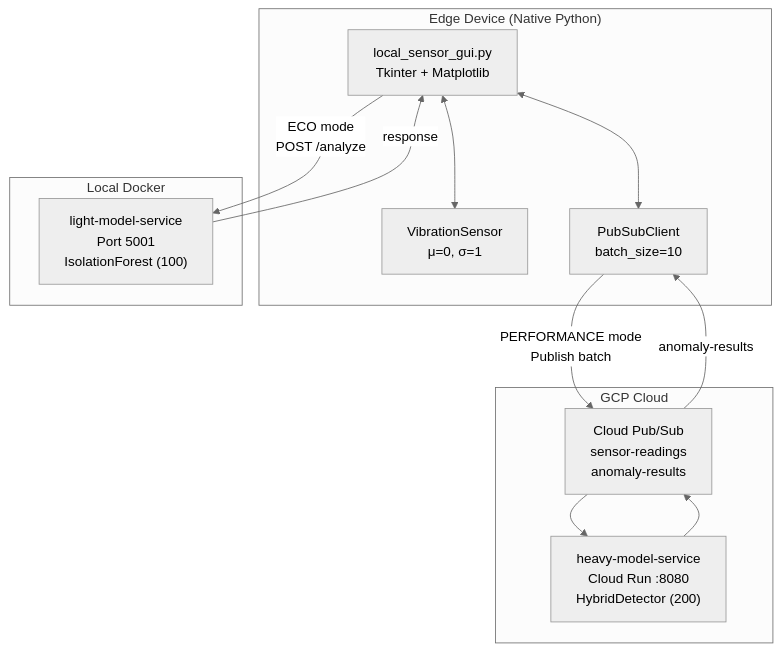
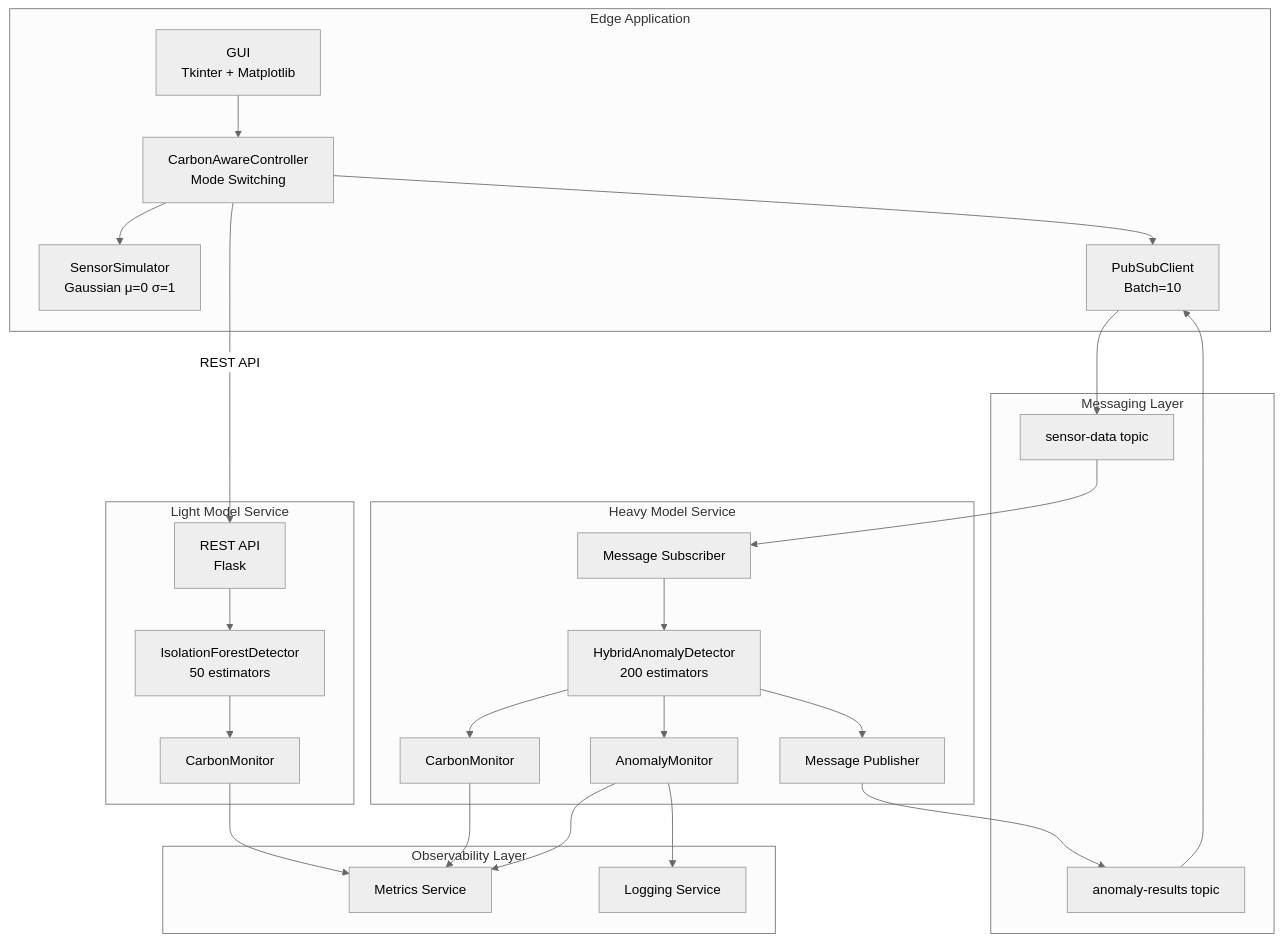
One commit to Taki224/AI-Architecture-and-Cloud-Computing-Final-Project changed the first of 3 diagrams in README.md. Above: the diagram before and after it, drawn with Mermaid (neutral theme). The commit also changed other lines of this file and 4 other files, not shown here.

First line of the commit message:
Enhance documentation and architecture for Carbon-Aware IoT Anomaly Detection System

````diff
--- a/README.md
+++ b/README.md
@@ -193,28 +311,55 @@
 ```mermaid
 flowchart TB
-    subgraph Edge["Edge Device (Native Python)"]
-        GUI["local_sensor_gui.py<br/>Tkinter + Matplotlib"]
-        Sensor["VibrationSensor<br/>μ=0, σ=1"]
-        PubSubClient["PubSubClient<br/>batch_size=10"]
+    subgraph EdgeApplication[Edge Application]
+        GUI[GUI<br/>Tkinter + Matplotlib]
+        Controller[CarbonAwareController<br/>Mode Switching]
+        Sensor[SensorSimulator<br/>Gaussian μ=0 σ=1]
+        PubSubClient[PubSubClient<br/>Batch=10]
     end
 
-    subgraph LocalDocker["Local Docker"]
-        LightAPI["light-model-service<br/>Port 5001<br/>IsolationForest (100)"]
+    subgraph LightModelService[Light Model Service]
+        LightAPI[REST API<br/>Flask]
+        LightDetector[IsolationForestDetector<br/>50 estimators]
+        LightCarbon[CarbonMonitor]
     end
 
-    subgraph GCP["GCP Cloud"]
-        CloudPubSub["Cloud Pub/Sub<br/>sensor-readings<br/>anomaly-results"]
-        HeavyService["heavy-model-service<br/>Cloud Run :8080<br/>HybridDetector (200)"]
+    subgraph HeavyModelService[Heavy Model Service]
+        HeavySubscriber[Message Subscriber]
+        HeavyDetector[HybridAnomalyDetector<br/>200 estimators]
+        HeavyPublisher[Message Publisher]
+        HeavyCarbon[CarbonMonitor]
+        AnomalyMon[AnomalyMonitor]
     end
 
-    GUI <--> Sensor
-    GUI <--> PubSubClient
+    subgraph MessagingLayer[Messaging Layer]
+        SensorTopic[sensor-data topic]
+        AnomalyTopic[anomaly-results topic]
+    end
+
+    subgraph ObservabilityLayer[Observability Layer]
+        MetricsService[Metrics Service]
+        LoggingService[Logging Service]
+    end
+
+    GUI --> Controller
+    Controller --> Sensor
+    Controller --> PubSubClient
     
-    GUI -->|"ECO mode<br/>POST /analyze"| LightAPI
-    LightAPI -->|"response"| GUI
+    Controller -->|REST API| LightAPI
+    LightAPI --> LightDetector
+    LightDetector --> LightCarbon
     
-    PubSubClient -->|"PERFORMANCE mode<br/>Publish batch"| CloudPubSub
-    CloudPubSub --> HeavyService
-    HeavyService --> CloudPubSub
-    CloudPubSub -->|"anomaly-results"| PubSubClient
+    PubSubClient --> SensorTopic
+    SensorTopic --> HeavySubscriber
+    HeavySubscriber --> HeavyDetector
+    HeavyDetector --> HeavyPublisher
+    HeavyDetector --> HeavyCarbon
+    HeavyDetector --> AnomalyMon
+    HeavyPublisher --> AnomalyTopic
+    AnomalyTopic --> PubSubClient
+    
+    LightCarbon --> MetricsService
+    HeavyCarbon --> MetricsService
+    AnomalyMon --> MetricsService
+    AnomalyMon --> LoggingService
 ```
````
